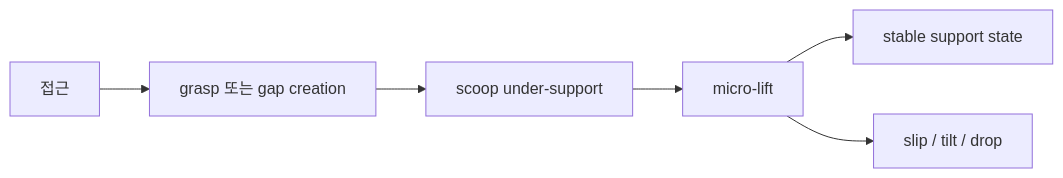
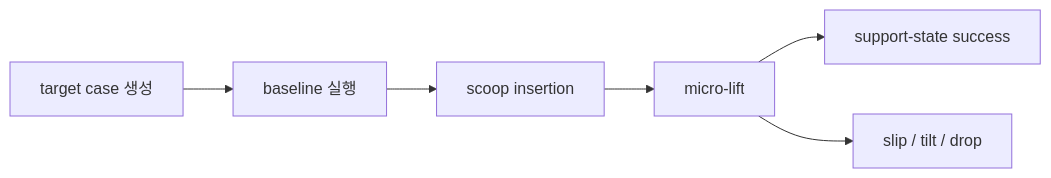
The third of 3 diagrams in RESEARCH_POSITIONING_KO.md (MichaelKimseongje/sackcodex2), drawn with Mermaid before and after one commit. The commit also changed other lines of this file and 273 other files, not shown here.

````diff
--- a/RESEARCH_POSITIONING_KO.md
+++ b/RESEARCH_POSITIONING_KO.md
@@ -64,8 +78,8 @@
 ```mermaid
 flowchart LR
-    A[접근] --> B[grasp 또는 gap creation]
-    B --> C[scoop under-support]
+    A[target case 생성] --> B[baseline 실행]
+    B --> C[scoop insertion]
     C --> D[micro-lift]
-    D --> E[stable support state]
+    D --> E[support-state success]
     D --> F[slip / tilt / drop]
 ```
````
